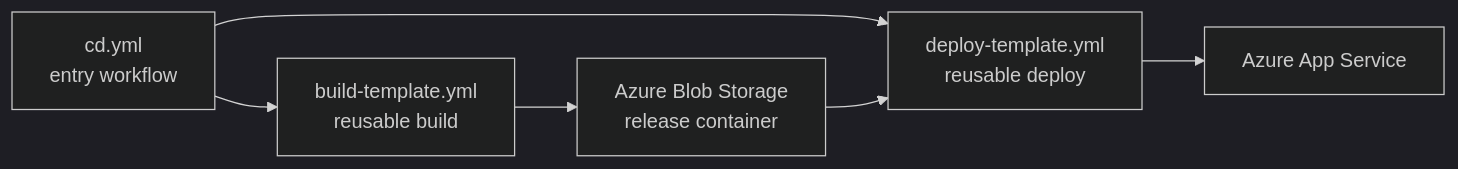
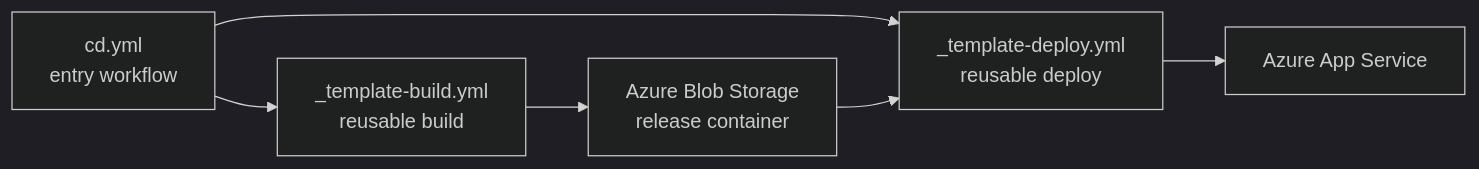
One commit to MetehanBolat/GH-DevSecOps changed the fourth of 7 diagrams in docs/release-flow.md. Above: the diagram before and after it, drawn with Mermaid (dark theme). The commit also changed other lines of this file and 9 other files, not shown here.

````diff
--- a/docs/release-flow.md
+++ b/docs/release-flow.md
@@ -130,8 +130,8 @@
 ```mermaid
 flowchart LR
-    CD["cd.yml<br/>entry workflow"] --> B["build-template.yml<br/>reusable build"]
-    CD --> D["deploy-template.yml<br/>reusable deploy"]
+    CD["cd.yml<br/>entry workflow"] --> B["_template-build.yml<br/>reusable build"]
+    CD --> D["_template-deploy.yml<br/>reusable deploy"]
     B --> S["Azure Blob Storage<br/>release container"]
     S --> D
     D --> A["Azure App Service"]
 ```
````
